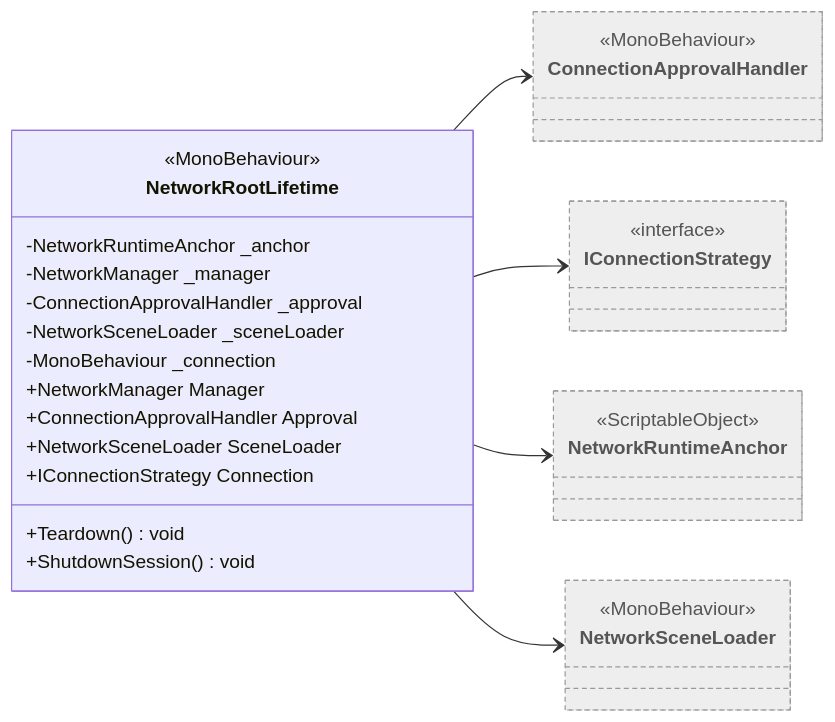
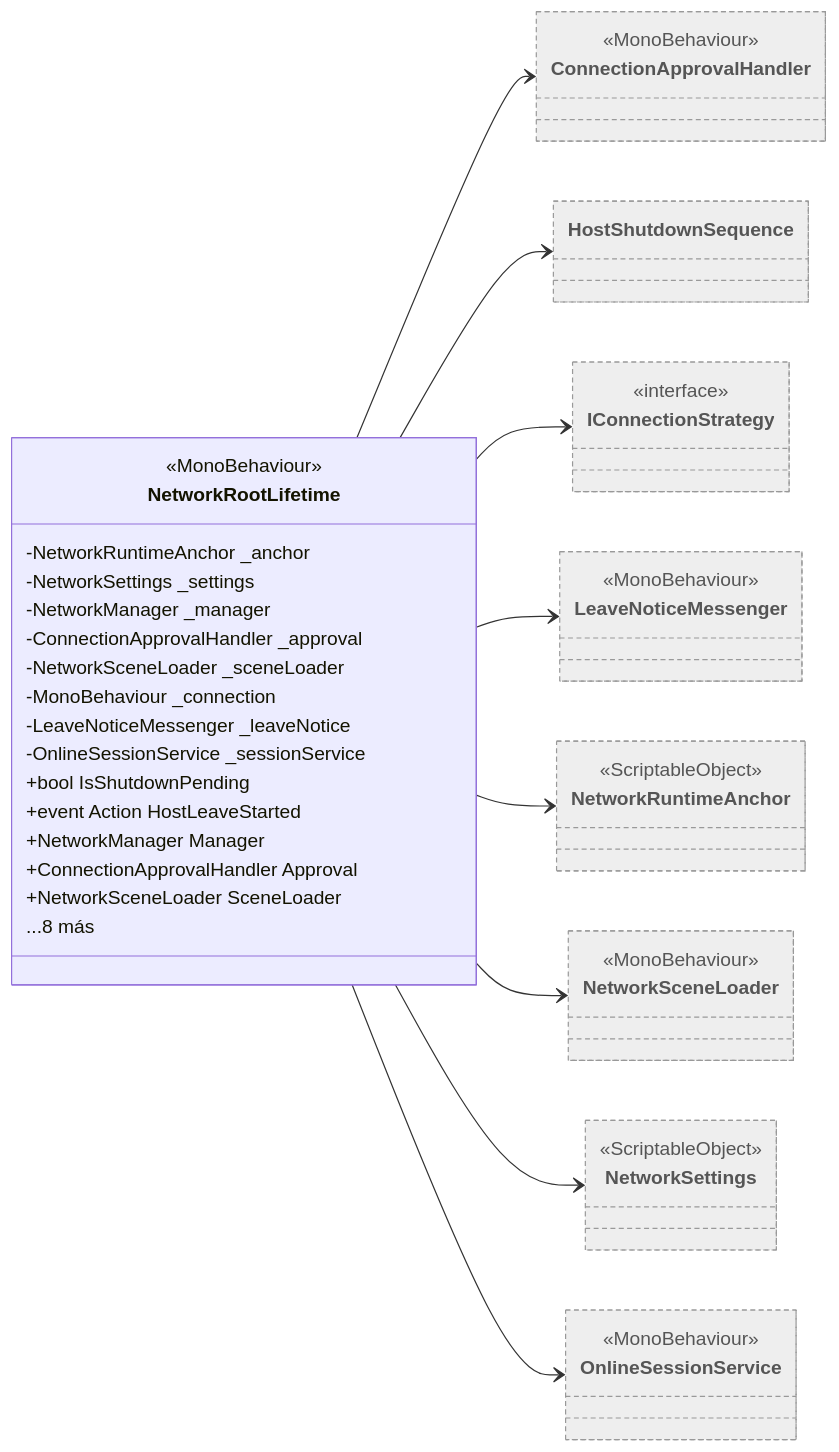
The diagram in Docs/Arquitectura/Clases/Networking/NetworkRootLifetime.md (Chacashi/Alien-Farms), drawn with Mermaid before and after one commit. The commit also changed other lines of this file and 257 other files, not shown here.

````diff
--- a/Docs/Arquitectura/Clases/Networking/NetworkRootLifetime.md
+++ b/Docs/Arquitectura/Clases/Networking/NetworkRootLifetime.md
@@ -18,31 +18,45 @@
 ```mermaid
 classDiagram
   direction LR
   class NetworkRootLifetime {
     <<MonoBehaviour>>
     -NetworkRuntimeAnchor _anchor
+    -NetworkSettings _settings
     -NetworkManager _manager
     -ConnectionApprovalHandler _approval
     -NetworkSceneLoader _sceneLoader
     -MonoBehaviour _connection
+    -LeaveNoticeMessenger _leaveNotice
+    -OnlineSessionService _sessionService
+    +bool IsShutdownPending
+    +event Action HostLeaveStarted
     +NetworkManager Manager
     +ConnectionApprovalHandler Approval
     +NetworkSceneLoader SceneLoader
-    +IConnectionStrategy Connection
-    +Teardown() void
-    +ShutdownSession() void
+    ...8 más
   }
   class ConnectionApprovalHandler:::external
   <<MonoBehaviour>> ConnectionApprovalHandler
+  class HostShutdownSequence:::external
   class IConnectionStrategy:::external
   <<interface>> IConnectionStrategy
+  class LeaveNoticeMessenger:::external
+  <<MonoBehaviour>> LeaveNoticeMessenger
   class NetworkRuntimeAnchor:::external
   <<ScriptableObject>> NetworkRuntimeAnchor
   class NetworkSceneLoader:::external
   <<MonoBehaviour>> NetworkSceneLoader
+  class NetworkSettings:::external
+  <<ScriptableObject>> NetworkSettings
+  class OnlineSessionService:::external
+  <<MonoBehaviour>> OnlineSessionService
   NetworkRootLifetime --> ConnectionApprovalHandler
+  NetworkRootLifetime --> HostShutdownSequence
   NetworkRootLifetime --> IConnectionStrategy
+  NetworkRootLifetime --> LeaveNoticeMessenger
   NetworkRootLifetime --> NetworkRuntimeAnchor
   NetworkRootLifetime --> NetworkSceneLoader
+  NetworkRootLifetime --> NetworkSettings
+  NetworkRootLifetime --> OnlineSessionService
   classDef external fill:#eee,stroke:#999,stroke-dasharray: 4 3,color:#555
 ```
````
